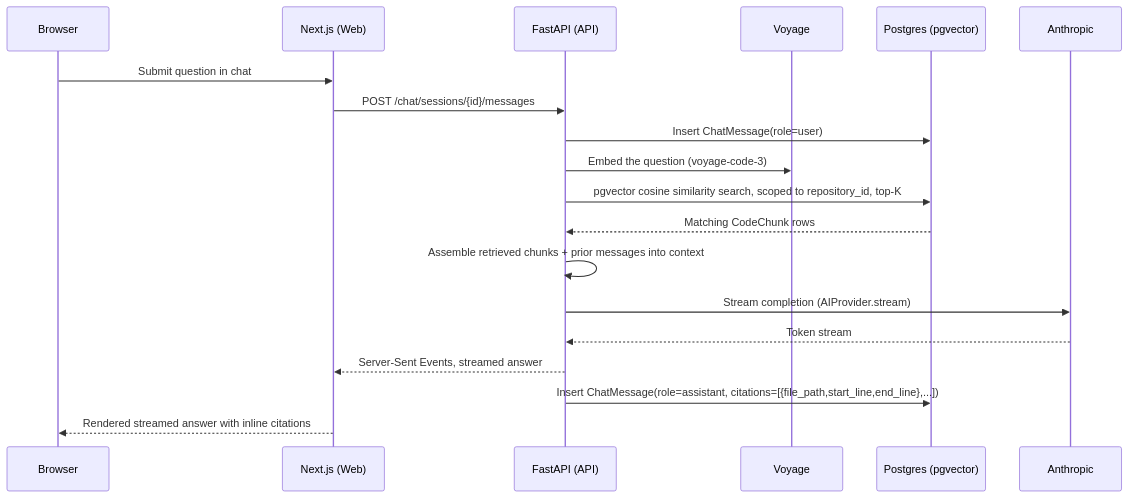
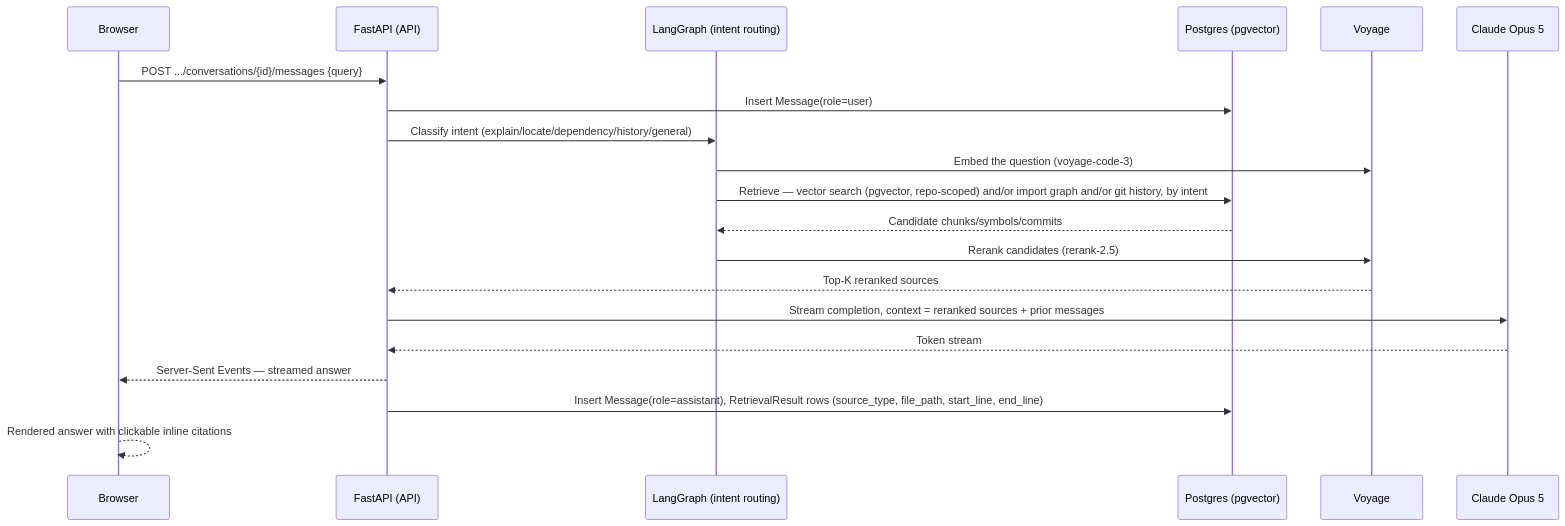
The third of 3 diagrams in docs/architecture/system-architecture.md (hasan-sakib/repomind), drawn with Mermaid before and after one commit. The commit also changed other lines of this file and 12 other files, not shown here.

First line of the commit message:
Update system architecture documentation and frontend components

````diff
--- a/docs/architecture/system-architecture.md
+++ b/docs/architecture/system-architecture.md
@@ -156,22 +185,23 @@
 ```mermaid
 sequenceDiagram
     participant U as Browser
-    participant W as Next.js (Web)
     participant A as FastAPI (API)
+    participant Lg as LangGraph (intent routing)
+    participant D as Postgres (pgvector)
     participant V as Voyage
-    participant D as Postgres (pgvector)
-    participant C as Anthropic
+    participant C as Claude Opus 5
 
-    U->>W: Submit question in chat
-    W->>A: POST /chat/sessions/{id}/messages
-    A->>D: Insert ChatMessage(role=user)
-    A->>V: Embed the question (voyage-code-3)
-    A->>D: pgvector cosine similarity search, scoped to repository_id, top-K
-    D-->>A: Matching CodeChunk rows
-    A->>A: Assemble retrieved chunks + prior messages into context
-    A->>C: Stream completion (AIProvider.stream)
+    U->>A: POST .../conversations/{id}/messages {query}
+    A->>D: Insert Message(role=user)
+    A->>Lg: Classify intent (explain/locate/dependency/history/general)
+    Lg->>V: Embed the question (voyage-code-3)
+    Lg->>D: Retrieve — vector search (pgvector, repo-scoped) and/or import graph and/or git history, by intent
+    D-->>Lg: Candidate chunks/symbols/commits
+    Lg->>V: Rerank candidates (rerank-2.5)
+    V-->>A: Top-K reranked sources
+    A->>C: Stream completion, context = reranked sources + prior messages
     C-->>A: Token stream
-    A-->>W: Server-Sent Events, streamed answer
-    A->>D: Insert ChatMessage(role=assistant, citations=[{file_path,start_line,end_line},...])
-    W-->>U: Rendered streamed answer with inline citations
+    A-->>U: Server-Sent Events — streamed answer
+    A->>D: Insert Message(role=assistant), RetrievalResult rows (source_type, file_path, start_line, end_line)
+    U-->>U: Rendered answer with clickable inline citations
 ```
````
